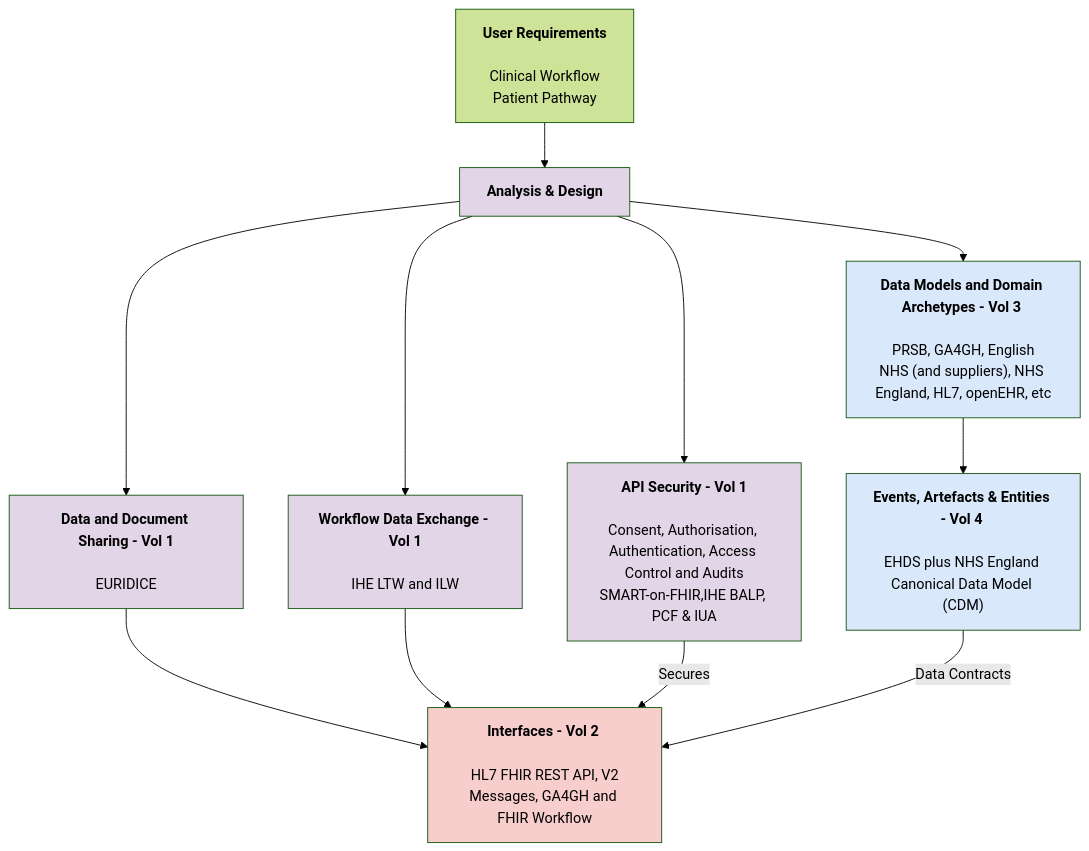
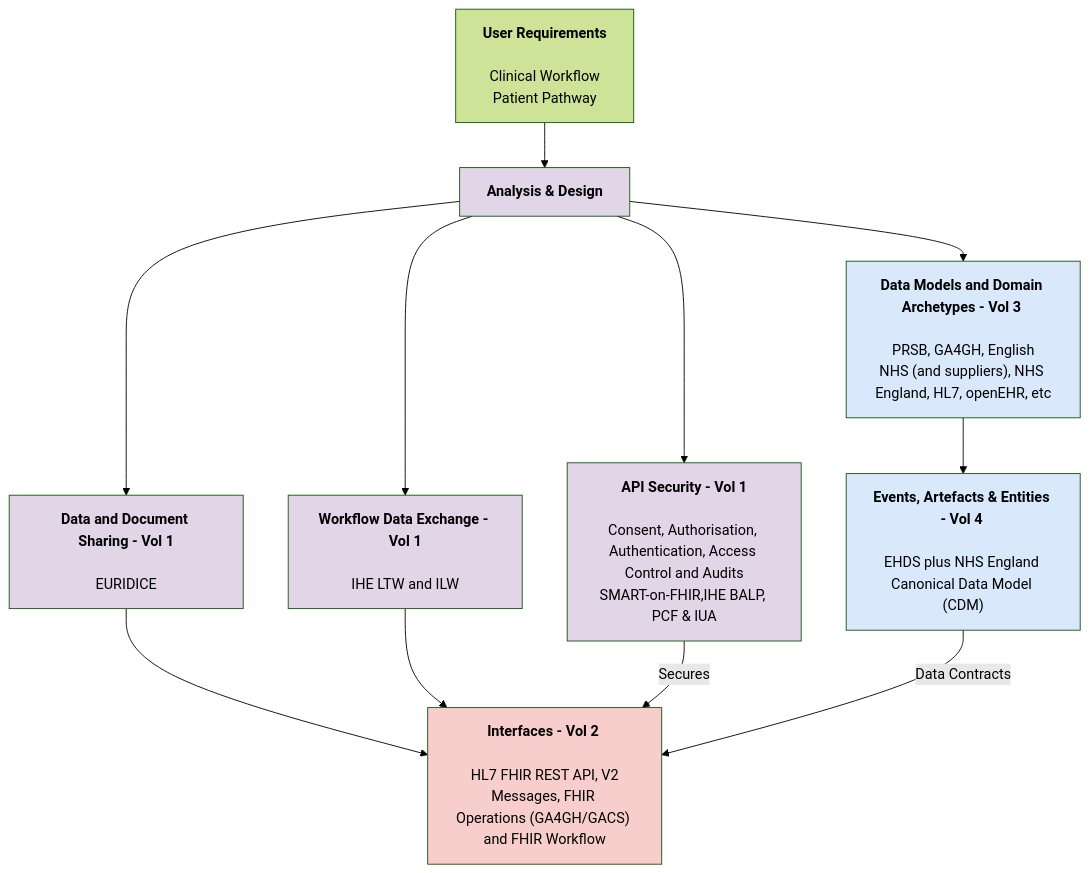
The diagram in input/pagecontent/index.md (nw-gmsa/nw-gmsa.github.com), drawn with Mermaid (forest theme) before and after one commit.

Commit message:
iGene Work Item Management

````diff
--- a/input/pagecontent/index.md
+++ b/input/pagecontent/index.md
@@ -25,31 +25,31 @@
 ```mermaid
 graph TD 
 
 User[<b>User Requirements</b> <br/><br/> Clinical Workflow<br/>Patient Pathway]
 IHE[<b>Analysis & Design]
-HL7[<b>Interfaces - Vol 2</b> <br/><br/> HL7 FHIR REST API, V2 Messages, GA4GH and FHIR Workflow]
+HL7["<b>Interfaces - Vol 2</b> <br/><br/> HL7 FHIR REST API, V2 Messages, FHIR Operations (GA4GH/GACS) and FHIR Workflow"]
 Data["<b>Data Models and Domain Archetypes - Vol 3</b> <br/><br/> PRSB, GA4GH, English NHS (and suppliers), NHS England, HL7, openEHR, etc"]
 Artefacts["<b>Events, Artefacts & Entities  - Vol 4</b>  <br/><br/>EHDS plus NHS England Canonical Data Model (CDM)"] 
 Share[<b>Data and Document Sharing - Vol 1</b><br/><br/>EURIDICE]
 Message[<b>Workflow Data Exchange - Vol 1</b><br/><br/>IHE LTW and ILW]
 API[<b>API Security - Vol 1</b><br/><br/>Consent, Authorisation, Authentication, Access Control and Audits<br/>SMART-on-FHIR,IHE BALP, PCF & IUA]
 
 User --> IHE
 IHE -->  Share
 IHE --> Message
 IHE --> API
 Share --> HL7
 Message --> HL7
 API --> |Secures| HL7
 IHE --> Data
 Data --> Artefacts
 Artefacts --> |Data Contracts| HL7
 
     classDef pink fill:#F8CECC;
     classDef blue fill:#DAE8FC;
     classDef purple fill:#E1D5E7;
 
     class Data,Artefacts blue;
     class HL7 pink;
     class IHE,Message,Share,API purple;
 ```
````
